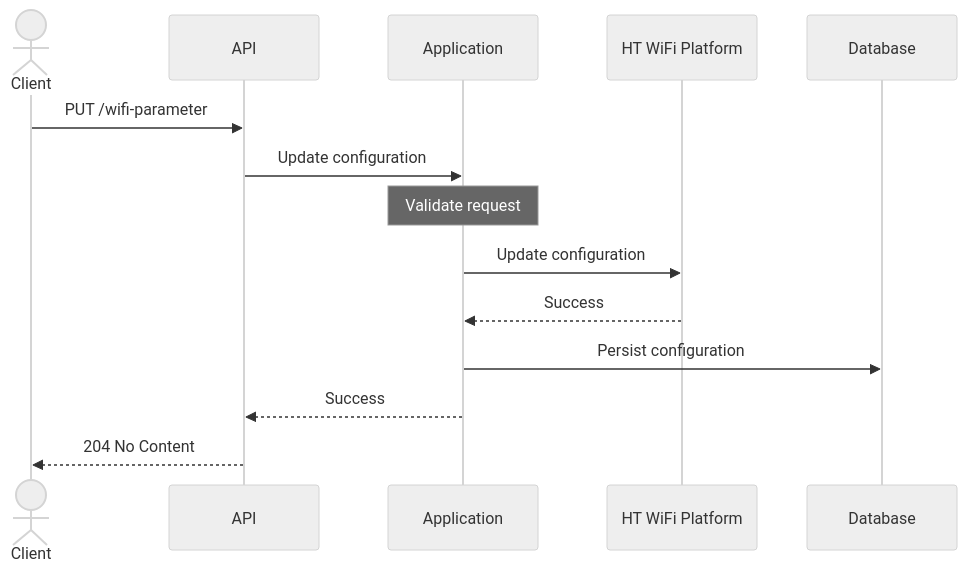
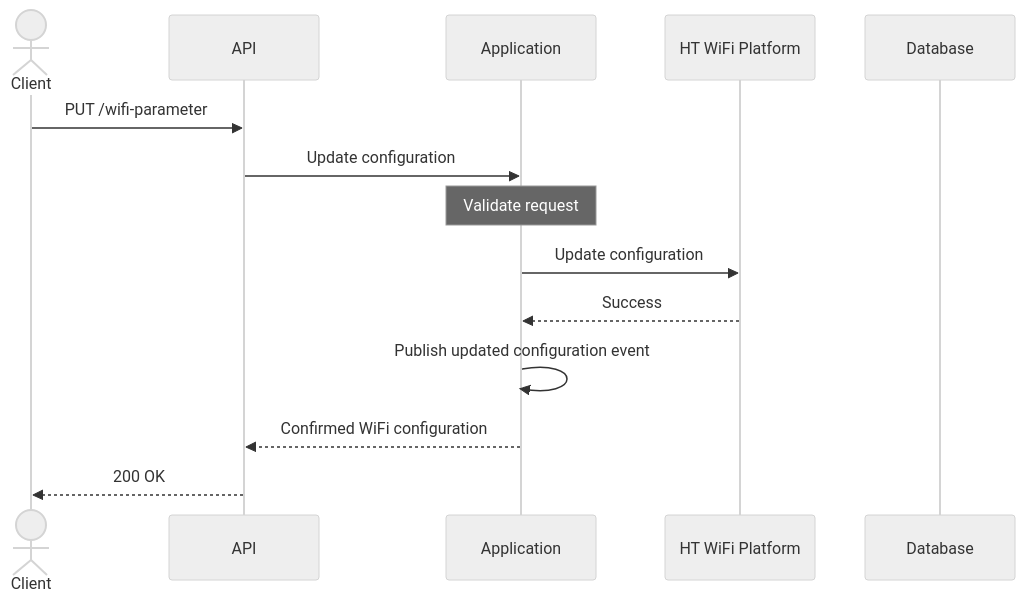
The third of 4 diagrams in backend/docs/ARCHITECTURE.md (meowpow-png/wifi-admin), drawn with Mermaid (neutral theme) before and after one commit. The commit also changed other lines of this file and 4 other files, not shown here.

````diff
--- a/backend/docs/ARCHITECTURE.md
+++ b/backend/docs/ARCHITECTURE.md
@@ -154,21 +154,21 @@
 ```mermaid
 sequenceDiagram
     actor Client
     participant API
     participant Application
     participant Platform as HT WiFi Platform
     participant Database
 
     Client->>API: PUT /wifi-parameter
     API->>Application: Update configuration
 
     Note over Application: Validate request
 
     Application->>Platform: Update configuration
     Platform-->>Application: Success
 
-    Application->>Database: Persist configuration
+    Application->>Application: Publish updated configuration event
 
-    Application-->>API: Success
-    API-->>Client: 204 No Content
+    Application-->>API: Confirmed WiFi configuration
+    API-->>Client: 200 OK
 ```
````
